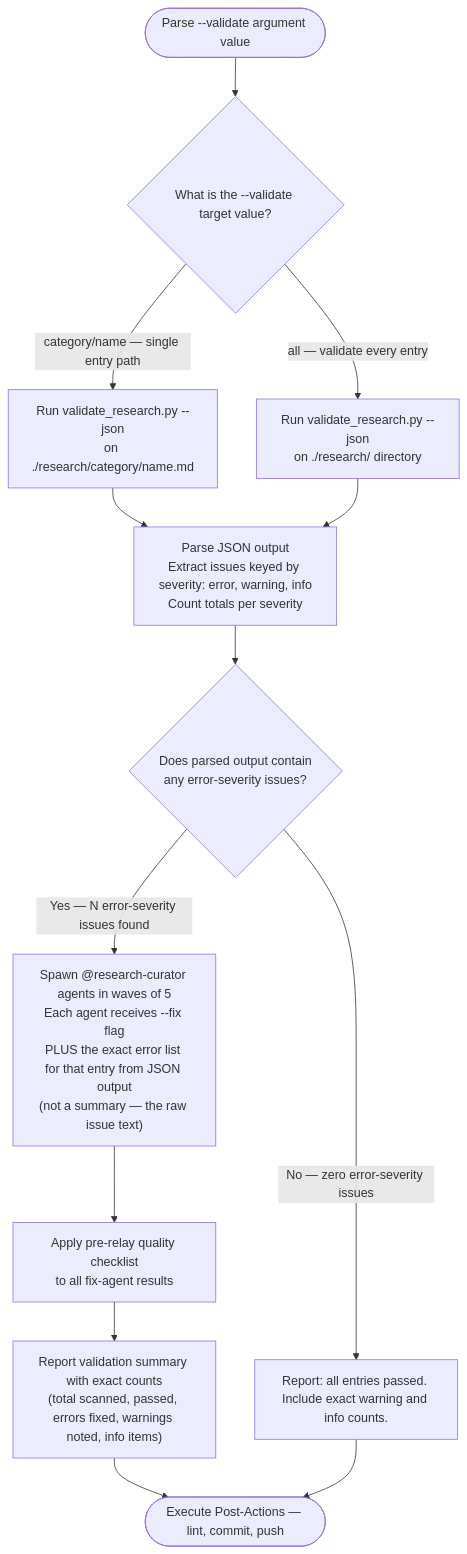
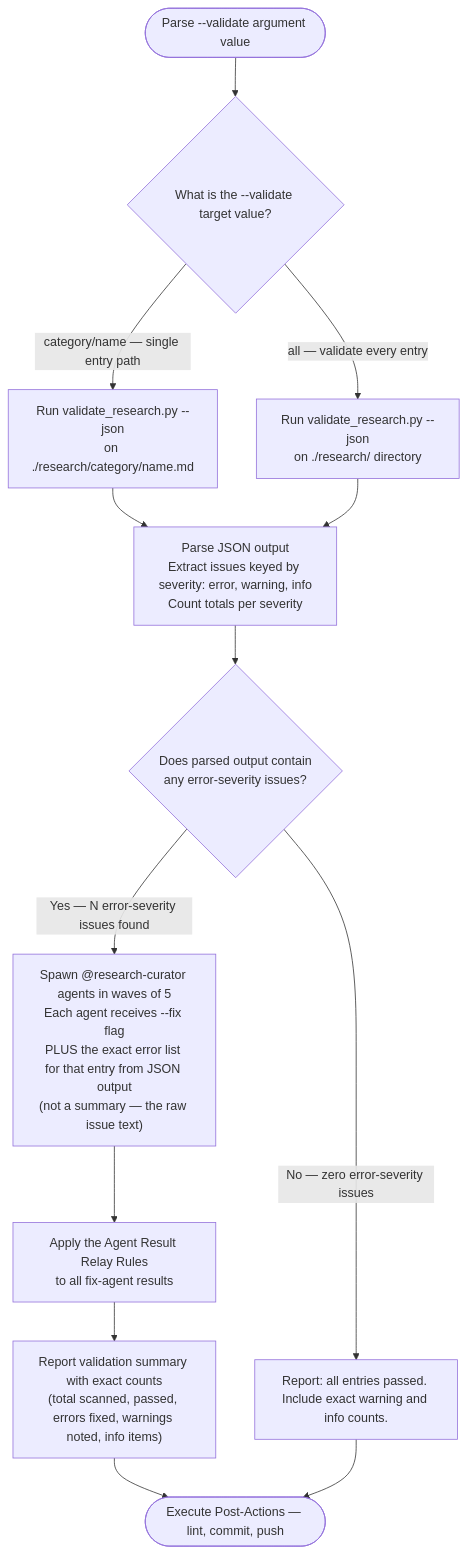
The third of 3 diagrams in .claude/skills/research-curator/SKILL.md (Jamie-BitFlight/claude_skills), drawn with Mermaid before and after one commit. The commit also changed other lines of this file, not shown here.

````diff
--- a/.claude/skills/research-curator/SKILL.md
+++ b/.claude/skills/research-curator/SKILL.md
@@ -313,15 +213,15 @@
 ```mermaid
 flowchart TD
     Start(["Parse --validate argument value"]) --> Q{"What is the --validate target value?"}
     Q -->|"category/name — single entry path"| RunScript["Run validate_research.py --json<br>on ./research/category/name.md"]
     Q -->|"all — validate every entry"| RunScriptAll["Run validate_research.py --json<br>on ./research/ directory"]
     RunScript --> ParseJSON["Parse JSON output<br>Extract issues keyed by severity: error, warning, info<br>Count totals per severity"]
     RunScriptAll --> ParseJSON
     ParseJSON --> HasErrors{"Does parsed output contain<br>any error-severity issues?"}
     HasErrors -->|"Yes — N error-severity issues found"| SpawnFix["Spawn @research-curator agents in waves of 5<br>Each agent receives --fix flag<br>PLUS the exact error list for that entry from JSON output<br>(not a summary — the raw issue text)"]
     HasErrors -->|"No — zero error-severity issues"| ReportClean["Report: all entries passed. Include exact warning and info counts."]
-    SpawnFix --> RelayCheck["Apply pre-relay quality checklist<br>to all fix-agent results"]
+    SpawnFix --> RelayCheck["Apply the Agent Result Relay Rules<br>to all fix-agent results"]
     RelayCheck --> ReportSummary["Report validation summary with exact counts<br>(total scanned, passed, errors fixed, warnings noted, info items)"]
     ReportSummary --> PostActions(["Execute Post-Actions — lint, commit, push"])
     ReportClean --> PostActions
 ```
````
